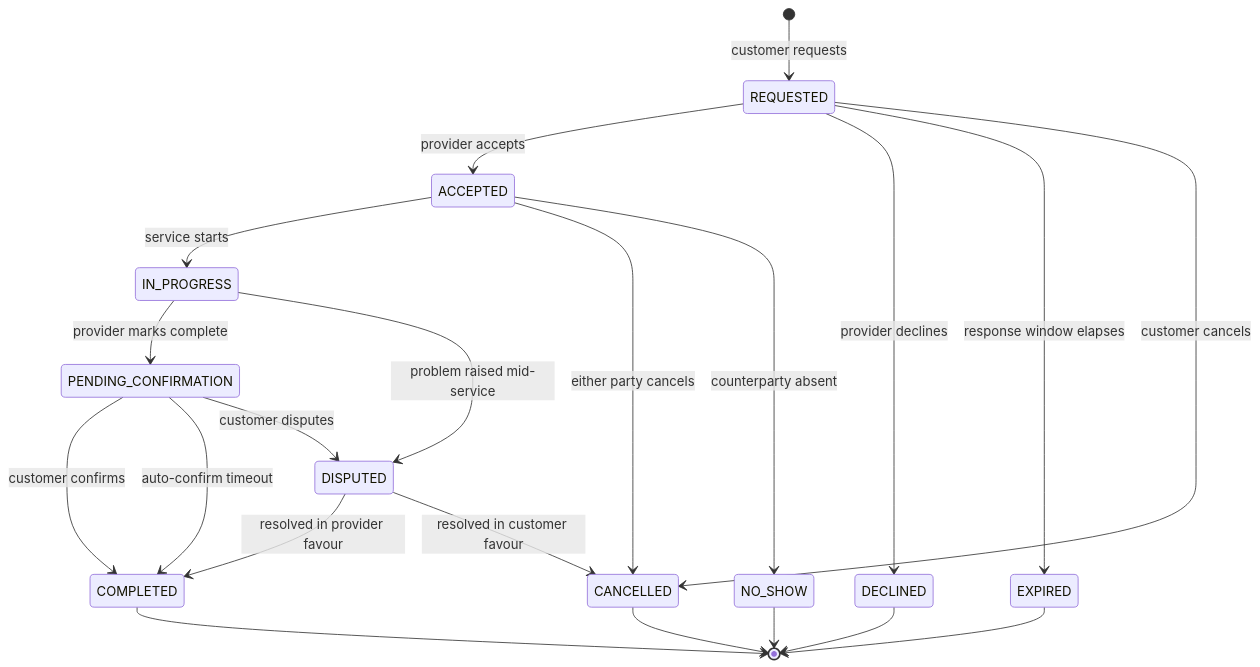
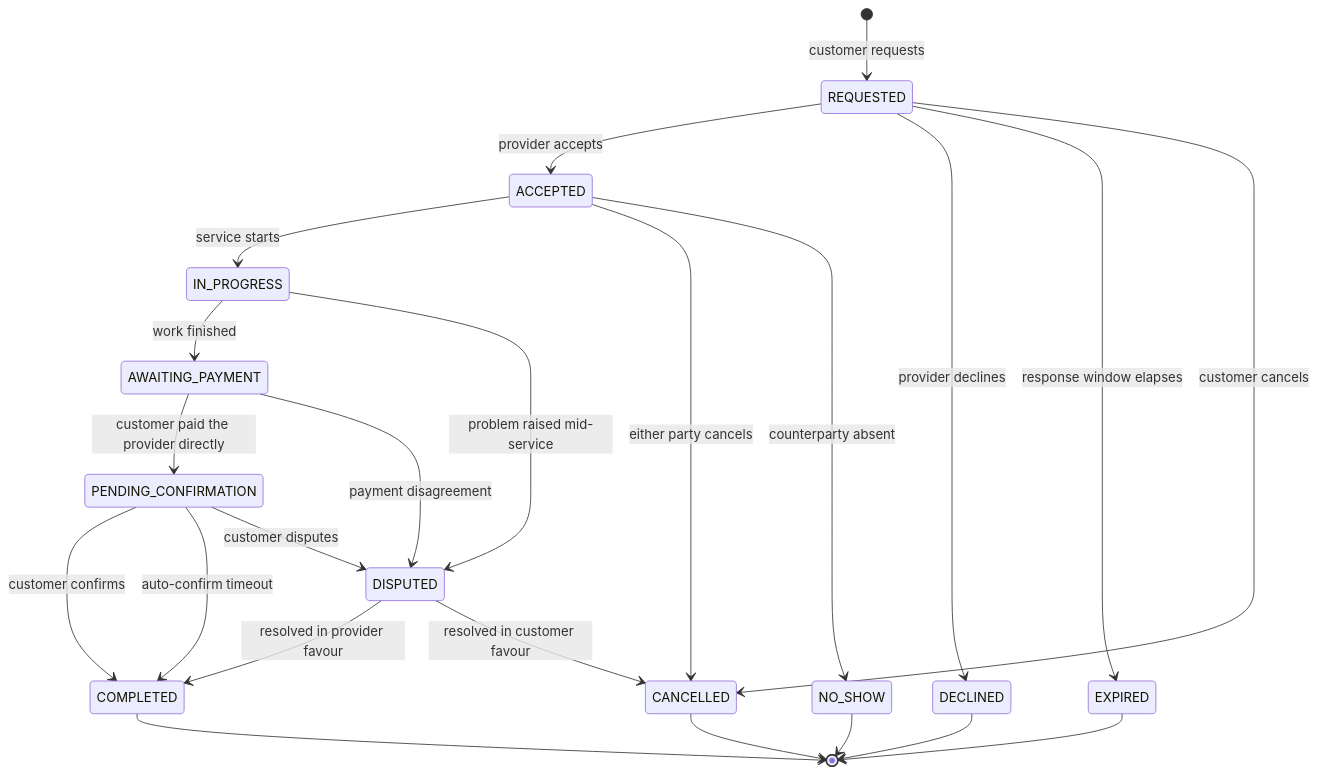
Before and after one commit to elmo365/ipelegeng: the first of 12 diagrams in docs/system-flowcharts.md, drawn with Mermaid. The commit also changed other lines of this file and 92 other files, not shown here.

````diff
--- a/docs/system-flowcharts.md
+++ b/docs/system-flowcharts.md
@@ -13,29 +36,32 @@
 ```mermaid
 stateDiagram-v2
     [*] --> REQUESTED : customer requests
 
     REQUESTED --> ACCEPTED : provider accepts
     REQUESTED --> DECLINED : provider declines
     REQUESTED --> EXPIRED : response window elapses
     REQUESTED --> CANCELLED : customer cancels
 
     ACCEPTED --> IN_PROGRESS : service starts
     ACCEPTED --> CANCELLED : either party cancels
     ACCEPTED --> NO_SHOW : counterparty absent
 
-    IN_PROGRESS --> PENDING_CONFIRMATION : provider marks complete
+    IN_PROGRESS --> AWAITING_PAYMENT : work finished
     IN_PROGRESS --> DISPUTED : problem raised mid-service
+
+    AWAITING_PAYMENT --> PENDING_CONFIRMATION : customer paid the provider directly
+    AWAITING_PAYMENT --> DISPUTED : payment disagreement
 
     PENDING_CONFIRMATION --> COMPLETED : customer confirms
     PENDING_CONFIRMATION --> COMPLETED : auto-confirm timeout
     PENDING_CONFIRMATION --> DISPUTED : customer disputes
 
     DISPUTED --> COMPLETED : resolved in provider favour
     DISPUTED --> CANCELLED : resolved in customer favour
 
     COMPLETED --> [*]
     DECLINED --> [*]
     EXPIRED --> [*]
     CANCELLED --> [*]
     NO_SHOW --> [*]
 ```
````
